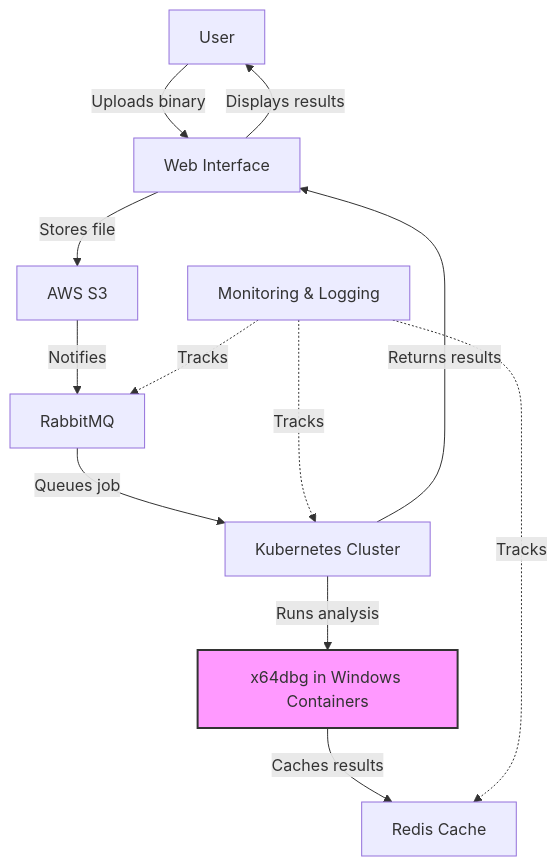
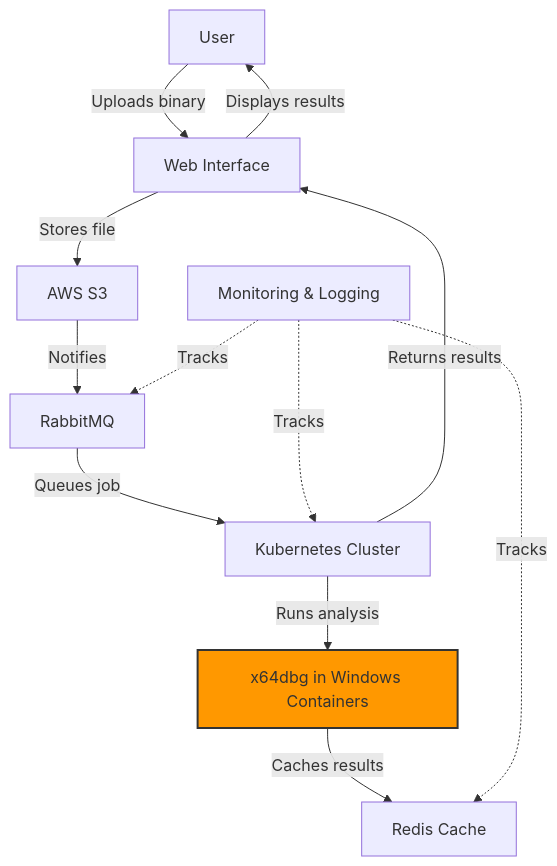
The diagram in README.md (sagnik3788/HexGuard), drawn with Mermaid before and after one commit.

````diff
--- a/README.md
+++ b/README.md
@@ -7,18 +7,18 @@
 ```mermaid
 graph TD
     User[User] -->|Uploads binary| UI[Web Interface]
     UI -->|Stores file| S3[AWS S3]
     S3 -->|Notifies| RMQ[RabbitMQ]
     RMQ -->|Queues job| K8S[Kubernetes Cluster]
     K8S -->|Runs analysis| X64DBG[x64dbg in Windows Containers]
     X64DBG -->|Caches results| Redis[Redis Cache]
     K8S -->|Returns results| UI
     UI -->|Displays results| User
 
     Monitor[Monitoring & Logging] -.->|Tracks| K8S
     Monitor -.->|Tracks| RMQ
     Monitor -.->|Tracks| Redis
 
-    classDef highlight fill:#f9f,stroke:#333,stroke-width:2px;
+    classDef highlight fill:#ff9800,stroke:#333,stroke-width:2px;
     class X64DBG highlight
 ```
````
